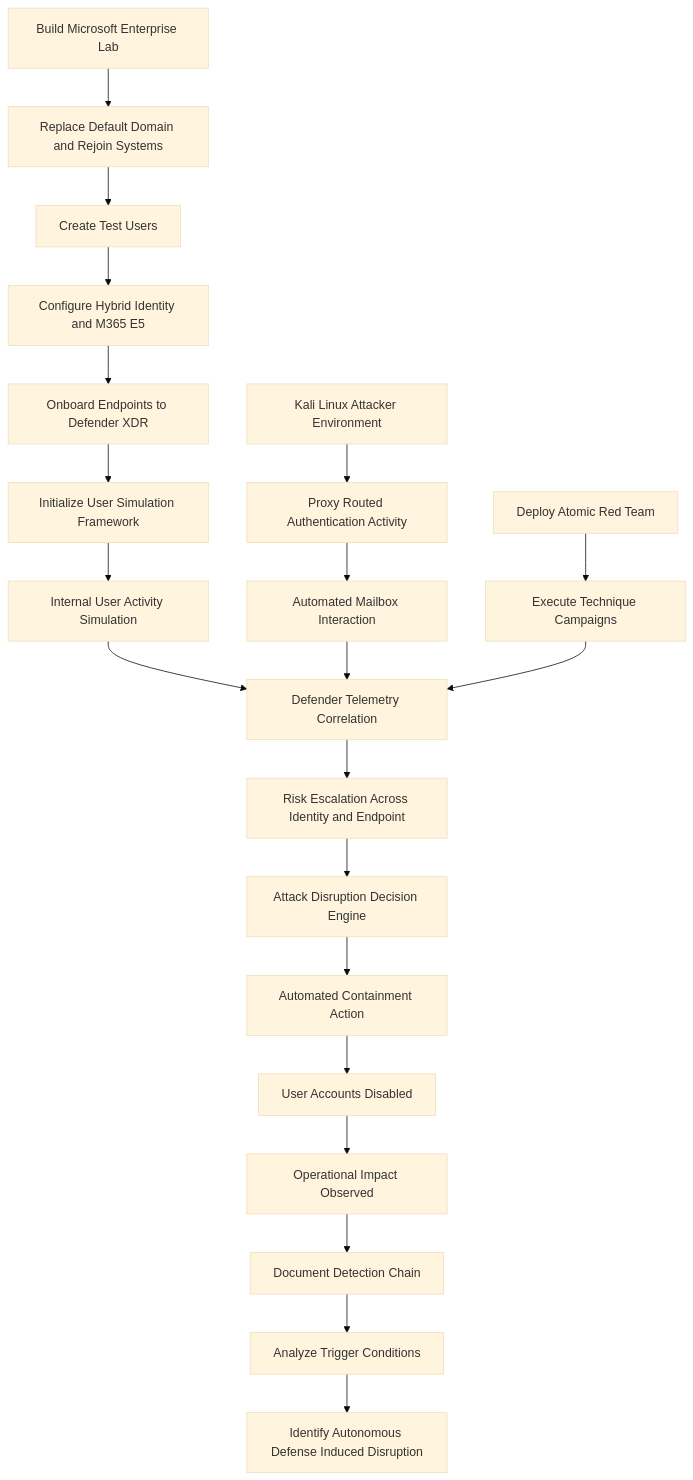
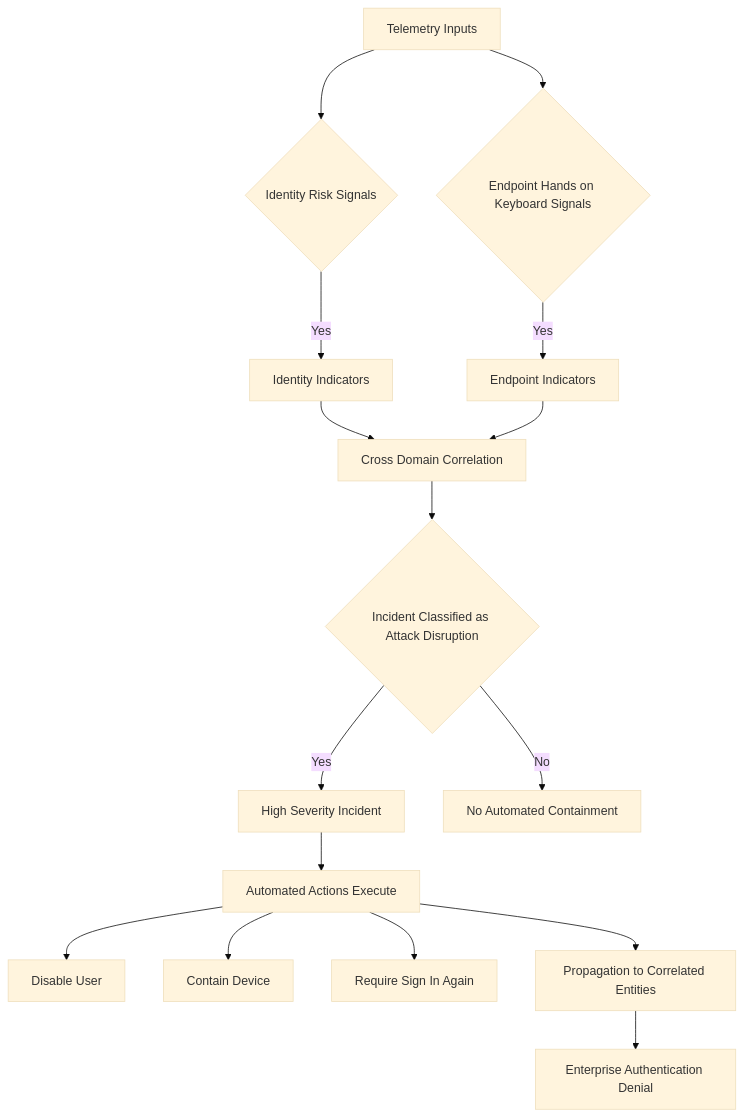
One commit to tk-nub/autonomous-defense-induced-disruption-lab changed the second of 3 diagrams in README.md. Above: the diagram before and after it, drawn with Mermaid (base theme). The commit also changed other lines of this file, not shown here.

````diff
--- a/README.md
+++ b/README.md
@@ -175,41 +116,27 @@
 ```mermaid
 flowchart TD
 
-A[Build Microsoft Enterprise Lab]
-B[Replace Default Domain and Rejoin Systems]
-C[Create Test Users]
-D[Configure Hybrid Identity and M365 E5]
-E[Onboard Endpoints to Defender XDR]
+A[Telemetry Inputs]
 
-F[Initialize User Simulation Framework]
-G[Internal User Activity Simulation]
+A --> B{Identity Risk Signals}
+A --> C{Endpoint Hands on Keyboard Signals}
 
-H[Kali Linux Attacker Environment]
-I[Proxy Routed Authentication Activity]
-J[Automated Mailbox Interaction]
+B -->|Yes| D[Identity Indicators]
+C -->|Yes| E[Endpoint Indicators]
 
-K[Deploy Atomic Red Team]
-L[Execute Technique Campaigns]
+D --> F[Cross Domain Correlation]
+E --> F
 
-M[Defender Telemetry Correlation]
-N[Risk Escalation Across Identity and Endpoint]
-O[Attack Disruption Decision Engine]
-P[Automated Containment Action]
+F --> G{Incident Classified as Attack Disruption}
 
-Q[User Accounts Disabled]
-R[Operational Impact Observed]
+G -->|Yes| H[High Severity Incident]
+G -->|No| I[No Automated Containment]
 
-S[Document Detection Chain]
-T[Analyze Trigger Conditions]
-U[Identify Autonomous Defense Induced Disruption]
+H --> J[Automated Actions Execute]
+J --> K[Disable User]
+J --> L[Contain Device]
+J --> M[Require Sign In Again]
 
-A --> B --> C --> D --> E
-E --> F --> G
-G --> M
-
-H --> I --> J --> M
-K --> L --> M
-
-M --> N --> O --> P --> Q --> R
-R --> S --> T --> U
+J --> N[Propagation to Correlated Entities]
+N --> O[Enterprise Authentication Denial]
 ```
````
